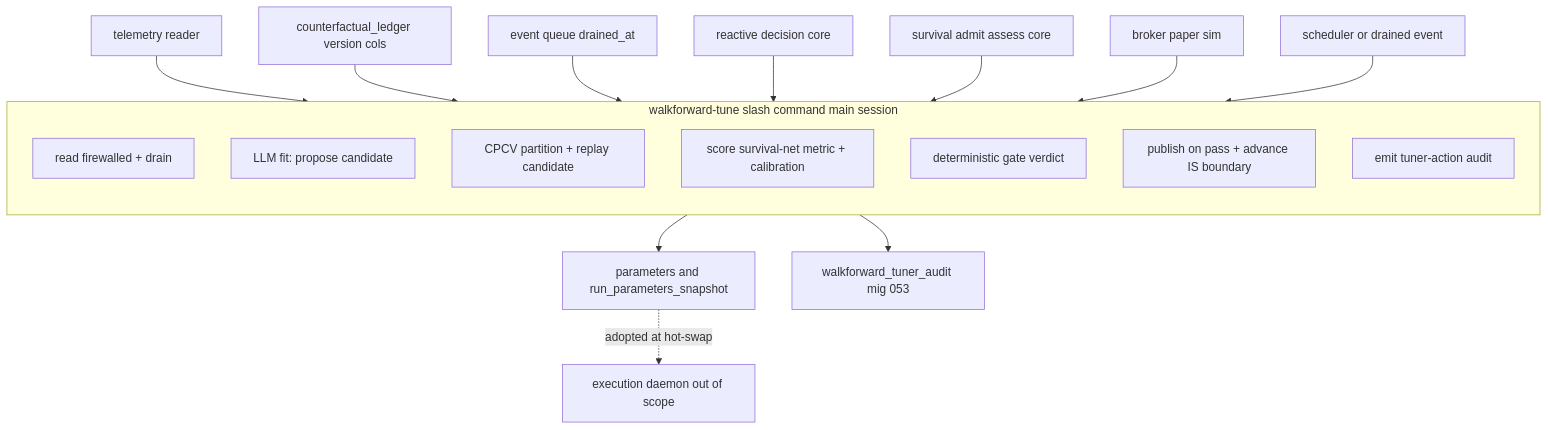
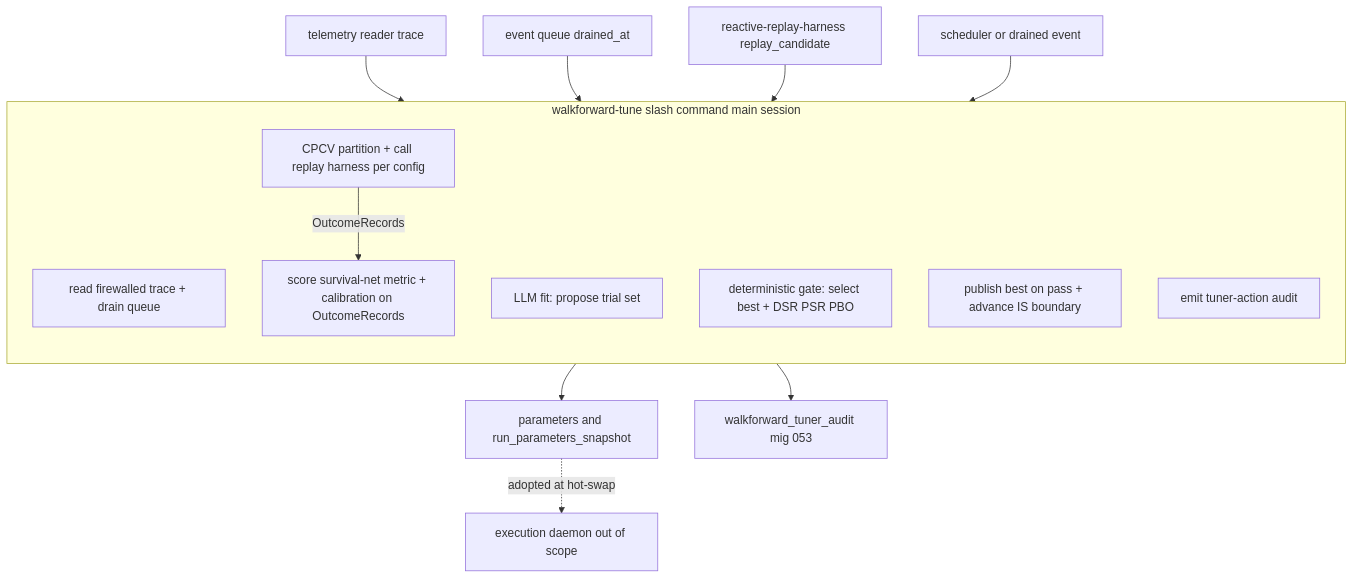
Before and after one commit to saehoon0501/equity-research-system: the first of 2 diagrams in .kiro/specs/walkforward-tuning-loop/design.md, drawn with Mermaid. The commit also changed other lines of this file and 3 other files, not shown here.

First line of the commit message:
spec(reactive-replay-harness + walkforward-tuning-loop): validate-design fixes + replay extraction rewrite

````diff
--- a/.kiro/specs/walkforward-tuning-loop/design.md
+++ b/.kiro/specs/walkforward-tuning-loop/design.md
@@ -75,23 +76,21 @@
 ```mermaid
 graph TB
     Cron[scheduler or drained event] --> Orch
     subgraph Orch[walkforward-tune slash command main session]
         direction TB
-        S1[read firewalled + drain]
-        S2[LLM fit: propose candidate]
-        S3[CPCV partition + replay candidate]
-        S4[score survival-net metric + calibration]
-        S5[deterministic gate verdict]
-        S6[publish on pass + advance IS boundary]
+        S1[read firewalled trace + drain queue]
+        S2[LLM fit: propose trial set]
+        S3[CPCV partition + call replay harness per config]
+        S4[score survival-net metric + calibration on OutcomeRecords]
+        S5[deterministic gate: select best + DSR PSR PBO]
+        S6[publish best on pass + advance IS boundary]
         S7[emit tuner-action audit]
     end
-    Reader[telemetry reader] --> S1
-    Ledger[counterfactual_ledger version cols] --> S1
+    Reader[telemetry reader trace] --> S1
     Queue[event queue drained_at] --> S1
-    ReCore[reactive decision core] --> S3
-    SvCore[survival admit assess core] --> S3
-    Paper[broker paper sim] --> S3
+    Harness[reactive-replay-harness replay_candidate] --> S3
+    S3 -->|OutcomeRecords| S4
     S6 --> P2[parameters and run_parameters_snapshot]
     S7 --> AuditTbl[walkforward_tuner_audit mig 053]
     P2 -.adopted at hot-swap.-> Daemon[execution daemon out of scope]
 ```
````
